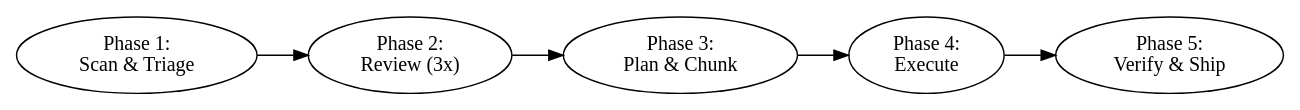
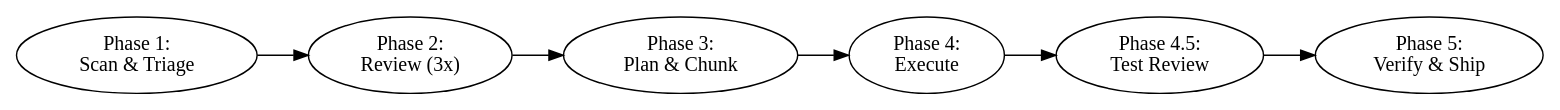
Before and after one commit to caio-silva/claude-skills: the diagram in skills/code-improvement-orchestrator/SKILL.md, drawn with Graphviz. The commit also changed other lines of this file and 1 other file, not shown here.

First line of the commit message:
feat: add verification gates, checklists, and Phase 4.5 to orchestrator

````diff
--- a/skills/code-improvement-orchestrator/SKILL.md
+++ b/skills/code-improvement-orchestrator/SKILL.md
@@ -34,6 +39,6 @@
 ```dot
 digraph orchestrator {
     rankdir=LR;
-    "Phase 1:\nScan & Triage" -> "Phase 2:\nReview (3x)" -> "Phase 3:\nPlan & Chunk" -> "Phase 4:\nExecute" -> "Phase 5:\nVerify & Ship";
+    "Phase 1:\nScan & Triage" -> "Phase 2:\nReview (3x)" -> "Phase 3:\nPlan & Chunk" -> "Phase 4:\nExecute" -> "Phase 4.5:\nTest Review" -> "Phase 5:\nVerify & Ship";
 }
 ```
````
